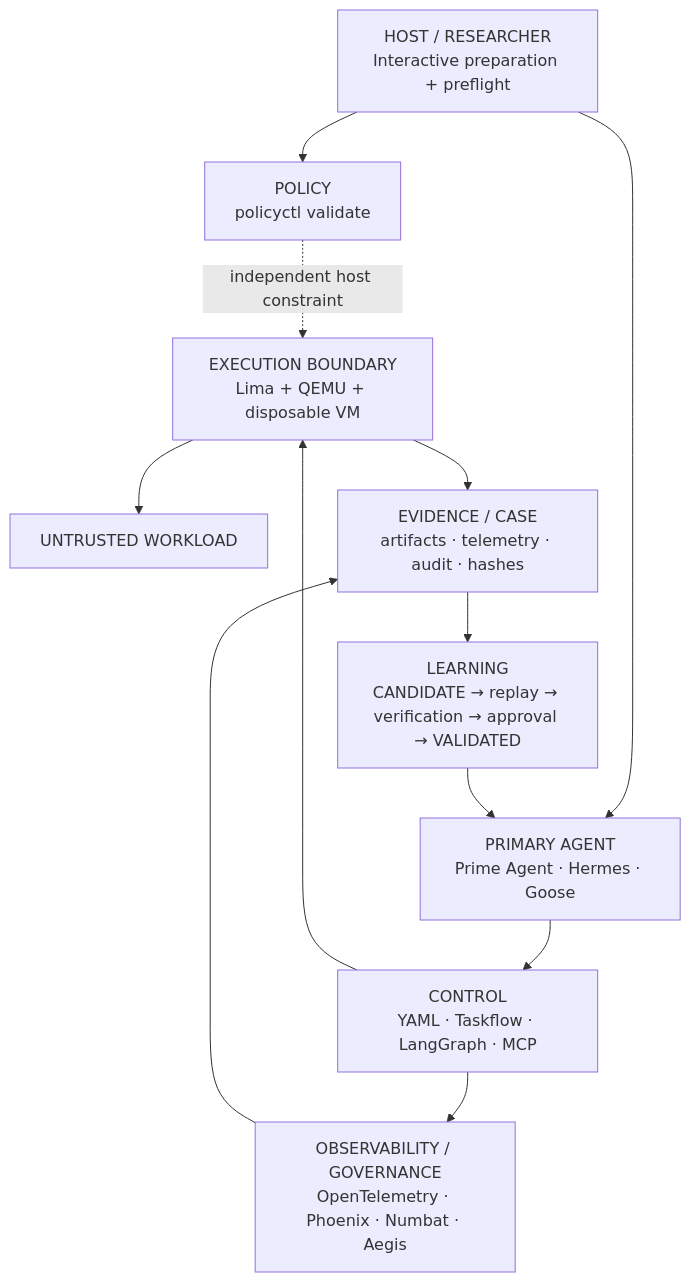
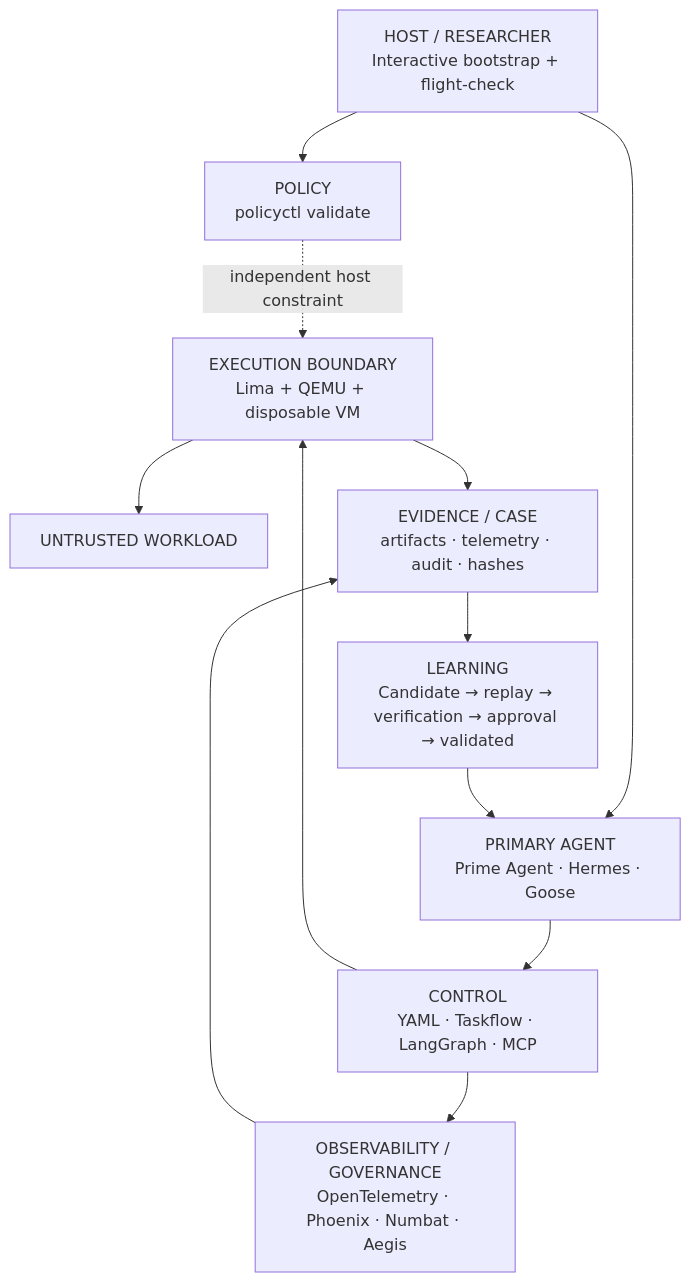
Before and after one commit to Opposum0112/Cusimanse: the diagram in README.md, drawn with Mermaid. The commit also changed other lines of this file, not shown here.

Commit message:
docs: clarify researcher deployment and plane commands

````diff
--- a/README.md
+++ b/README.md
@@ -9,14 +9,14 @@
 ```mermaid
 flowchart TB
- H["HOST / RESEARCHER\nInteractive preparation + preflight"] --> P["POLICY\npolicyctl validate"]
+ H["HOST / RESEARCHER\nInteractive bootstrap + flight-check"] --> P["POLICY\npolicyctl validate"]
  H --> A["PRIMARY AGENT\nPrime Agent · Hermes · Goose"]
  A --> C["CONTROL\nYAML · Taskflow · LangGraph · MCP"]
  C --> V["EXECUTION BOUNDARY\nLima + QEMU + disposable VM"]
  C --> O["OBSERVABILITY / GOVERNANCE\nOpenTelemetry · Phoenix · Numbat · Aegis"]
  V --> W["UNTRUSTED WORKLOAD"]
  V --> E["EVIDENCE / CASE\nartifacts · telemetry · audit · hashes"]
  O --> E
- E --> L["LEARNING\nCANDIDATE → replay → verification → approval → VALIDATED"]
+ E --> L["LEARNING\nCandidate → replay → verification → approval → validated"]
  L --> A
  P -. independent host constraint .-> V
 ```
````
